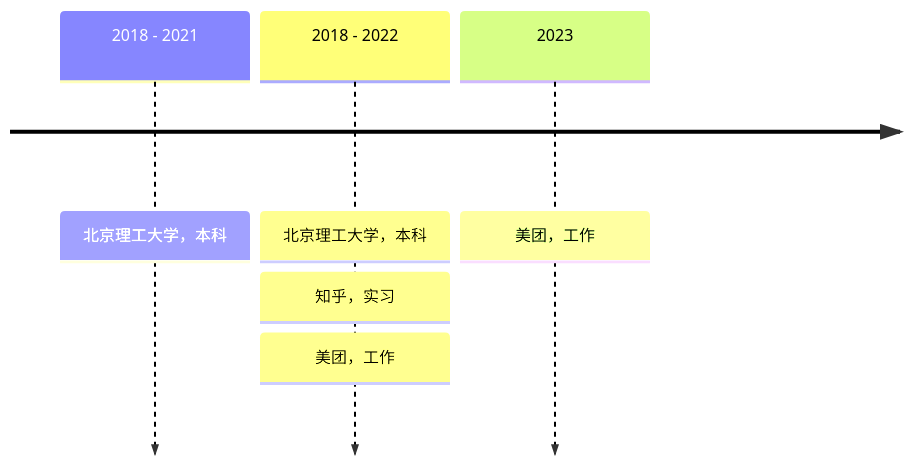
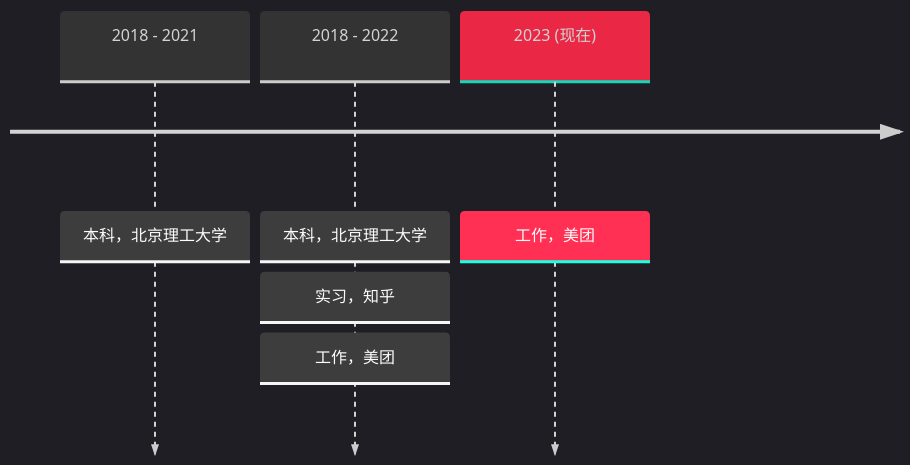
The diagram in src/index.md (lijunlin2022/blog), drawn with Mermaid before and after one commit. The commit also changed 2 other files, not shown here.

Commit message:
feat: update theme color

````diff
--- a/src/index.md
+++ b/src/index.md
@@ -7,6 +7,26 @@
 ```mermaid
+%%{
+  init: {
+    'logLevel': 'debug',
+    'theme': 'dark',
+    'themeVariables': {
+      'cScale0': '#333333',
+      'cScale1': '#333333',
+      'cScale2': '#ea2845',
+      'cScale3': '#333333',
+      'cScale4': '#333333',
+      'cScale5': '#333333',
+      'cScale6': '#333333',
+      'cScale7': '#333333',
+      'cScale8': '#333333',
+      'cScale9': '#333333',
+      'cScale10': '#333333',
+      'cScale11': '#333333'
+    }
+  }
+}%%
 timeline
-  2018 - 2021 : 北京理工大学，本科
-  2018 - 2022 : 北京理工大学，本科 : 知乎，实习 : 美团，工作
-  2023 : 美团，工作
+  2018 - 2021 : 本科，北京理工大学
+  2018 - 2022 : 本科，北京理工大学 : 实习，知乎: 工作，美团
+  2023 (现在): 工作，美团
 ```
````
